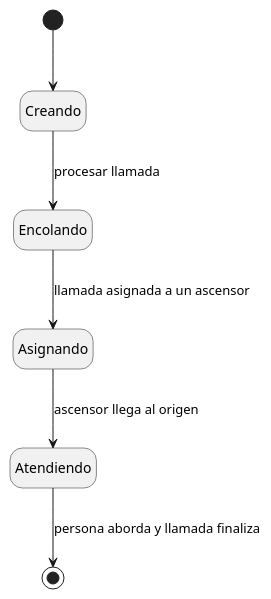
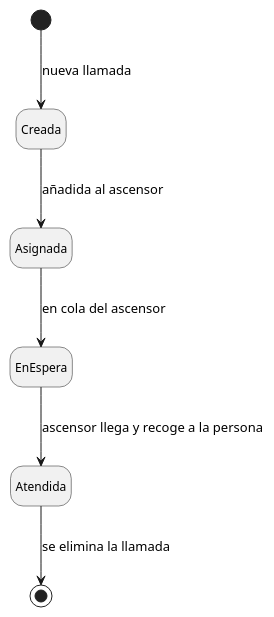
Before and after one commit to celiabecerril/24-25-IdSw2-SDD: the diagram in modelosUML/MdD/DiagramaEstados/DiagramaDeEstadosLlamada.puml, drawn with PlantUML. The commit also changed 10 other files, not shown here.

```diff
--- a/modelosUML/MdD/DiagramaEstados/DiagramaDeEstadosLlamada.puml
+++ b/modelosUML/MdD/DiagramaEstados/DiagramaDeEstadosLlamada.puml
@@ -1,11 +1,13 @@
 @startuml
 ' Diagrama de Estados: Llamada
 hide empty description
+skinparam stateFontSize 12
 
-[*] --> Creando
+[*] --> Creada : nueva llamada
 
-Creando --> Encolando : procesar llamada
-Encolando --> Asignando : llamada asignada a un ascensor
-Asignando --> Atendiendo : ascensor llega al origen
-Atendiendo --> [*] : persona aborda y llamada finaliza
+Creada --> Asignada : añadida al ascensor
+Asignada --> EnEspera : en cola del ascensor
+EnEspera --> Atendida : ascensor llega y recoge a la persona
+Atendida --> [*] : se elimina la llamada
+
 @enduml
```
